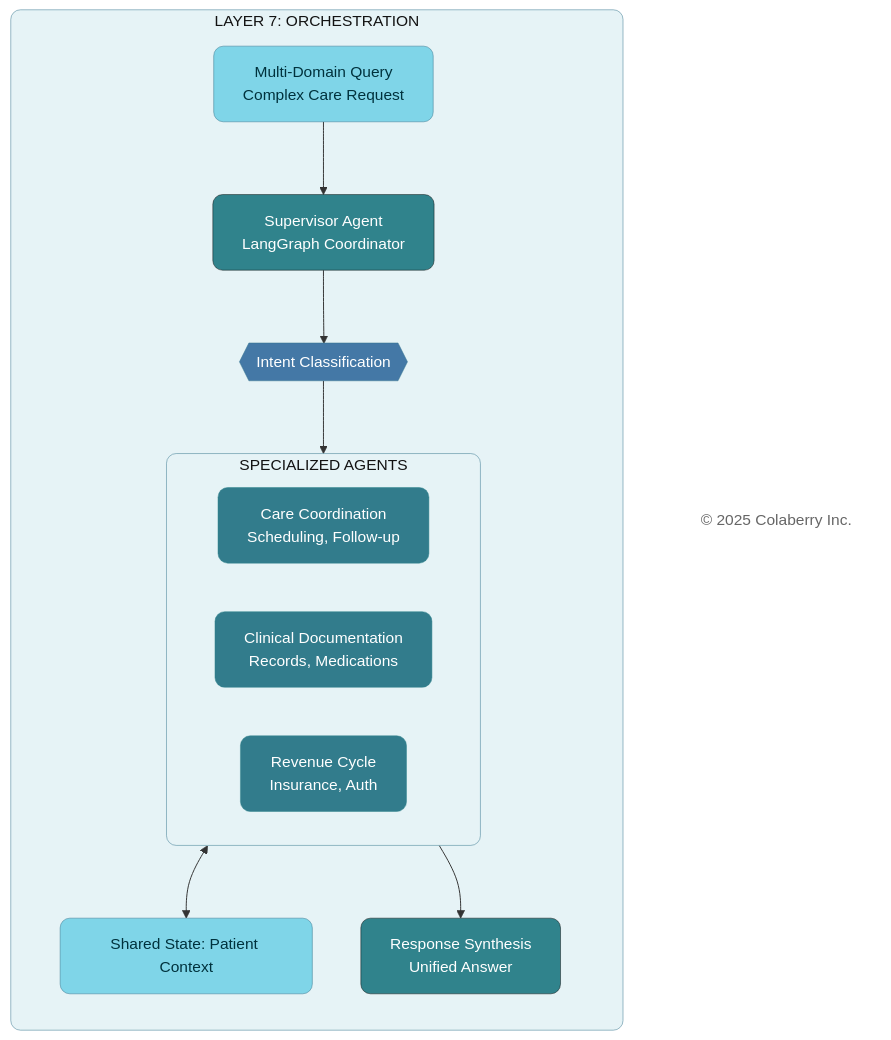
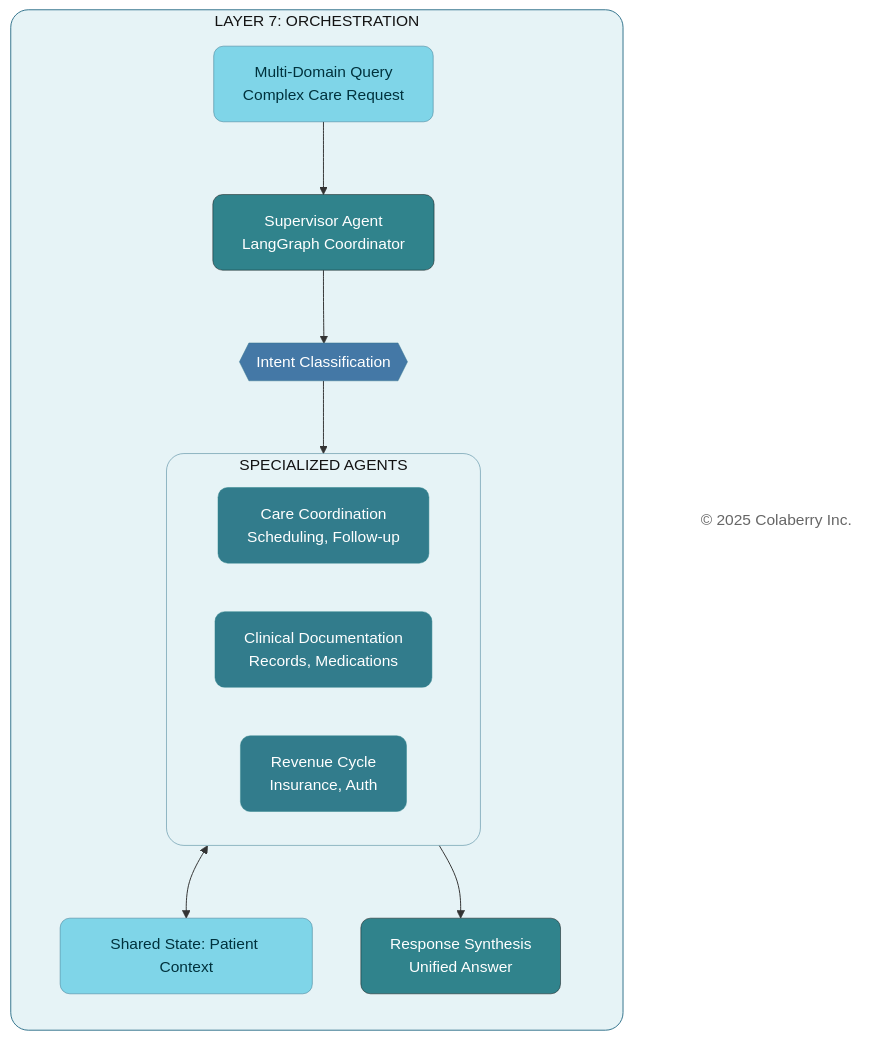
The ninth of 14 diagrams in manuscript/07_chapter_6_transparency_orchestration_layers.md (saitejesh-cyber/trust-before-intelligence-book), drawn with Mermaid before and after one commit. The commit also changed other lines of this file and 12 other files, not shown here.

````diff
--- a/manuscript/07_chapter_6_transparency_orchestration_layers.md
+++ b/manuscript/07_chapter_6_transparency_orchestration_layers.md
@@ -846,40 +850,40 @@
 ```mermaid
 
 graph TB
     subgraph LAYER7["LAYER 7: ORCHESTRATION"]
         direction TB
         Query["Multi-Domain Query<br/>Complex Care Request"]
         Supervisor["Supervisor Agent<br/>LangGraph Coordinator"]
         Intent{{"Intent Classification"}}
         
         subgraph AGENTS["SPECIALIZED AGENTS"]
             direction LR
             Care["Care Coordination<br/>Scheduling, Follow-up"]
             Clinical["Clinical Documentation<br/>Records, Medications"]
             Revenue["Revenue Cycle<br/>Insurance, Auth"]
         end
         
         State["Shared State: Patient Context"]
         Synthesis["Response Synthesis<br/>Unified Answer"]
     end
     
     Copyright["© 2025 Colaberry Inc."]
     
     Query --> Supervisor --> Intent
     Intent --> AGENTS
     AGENTS <--> State
     AGENTS --> Synthesis
     
-    style LAYER7 fill:#E6F3F6,stroke:#32738C,stroke-width:0.5px,color:#121212,rx:10,ry:10
+    style LAYER7 fill:#E6F3F6,stroke:#32738C,stroke-width:1px,color:#121212,rx:18,ry:18
     style Query fill:#7FD5E8,stroke:#32738C,stroke-width:0.5px,color:#00323D,rx:10,ry:10
     style Supervisor fill:#30838C,color:#ffffff,stroke:#0D0D0D,stroke-width:0.5px,rx:10,ry:10
     style Intent fill:#4478A6,stroke:#32738C,stroke-width:0.5px,color:#ffffff,rx:10,ry:10
-    style AGENTS fill:#E6F3F6,stroke:#32738C,stroke-width:0.5px,color:#121212,rx:10,ry:10
+    style AGENTS fill:#E6F3F6,stroke:#32738C,stroke-width:0.5px,color:#121212,rx:18,ry:18
     style Care fill:#327C8C,stroke:#30838C,stroke-width:0.5px,color:#ffffff,rx:10,ry:10
     style Clinical fill:#327C8C,stroke:#30838C,stroke-width:0.5px,color:#ffffff,rx:10,ry:10
     style Revenue fill:#327C8C,stroke:#30838C,stroke-width:0.5px,color:#ffffff,rx:10,ry:10
     style State fill:#7FD5E8,stroke:#32738C,stroke-width:0.5px,color:#00323D,rx:10,ry:10
     style Synthesis fill:#30838C,color:#ffffff,stroke:#0D0D0D,stroke-width:0.5px,rx:10,ry:10
     style Copyright fill:none,stroke:none,color:#666666
 
 ```
````
